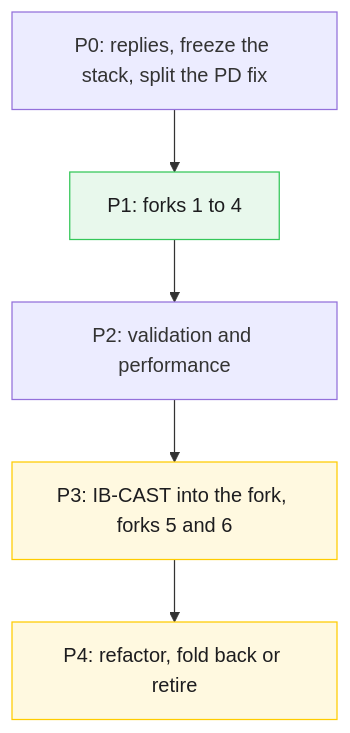
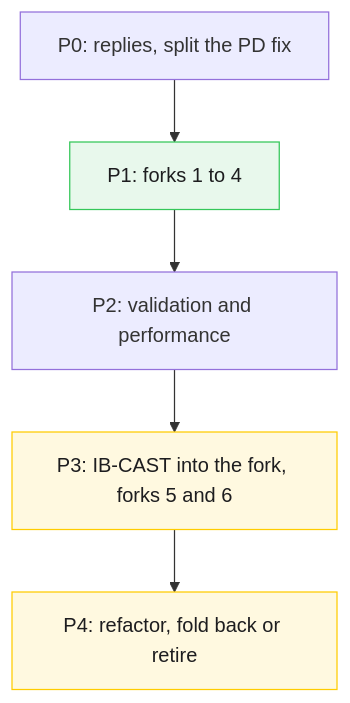
One commit to ROCm/rocm-systems changed the fourth of 7 diagrams in projects/rccl/docs/design/multi_segment_fork_plugin.md. Above: the diagram before and after it, drawn with Mermaid. The commit also changed other lines of this file and 16 other files, not shown here.

````diff
--- a/projects/rccl/docs/design/multi_segment_fork_plugin.md
+++ b/projects/rccl/docs/design/multi_segment_fork_plugin.md
@@ -186,12 +172,12 @@
 ```mermaid
 %% caption: Plan phases
 flowchart TD
- p0["P0: replies, freeze the stack, split the PD fix"] --> p1["P1: forks 1 to 4"]
+ p0["P0: replies, split the PD fix"] --> p1["P1: forks 1 to 4"]
  p1 --> p2["P2: validation and performance"]
  p2 --> p3["P3: IB-CAST into the fork, forks 5 and 6"]
  p3 --> p4["P4: refactor, fold back or retire"]
  classDef done fill:#e8f8ec,stroke:#34c759,color:#1d1d1f
  classDef planned fill:#fff9e0,stroke:#ffcc00,color:#1d1d1f
  class p1 done
  class p3,p4 planned
 ```
````
